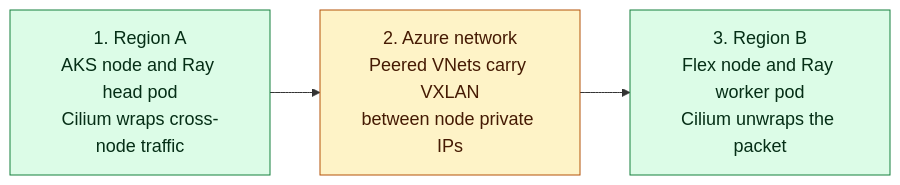
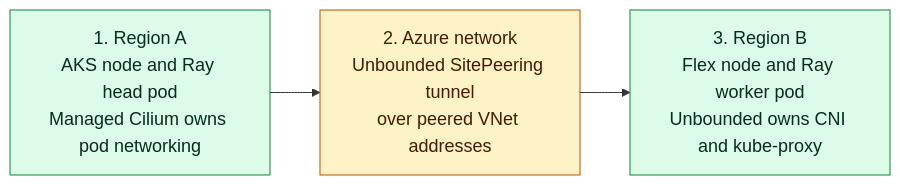
Before and after one commit to KenKilty/aks-flex-anyscale-lab: the diagram in docs/ai-workloads-on-aks/module-03-flex-node.mdx, drawn with Mermaid. The commit also changed other lines of this file and 27 other files, not shown here.

Commit message:
Prove managed Cilium and Unbounded mixed CNI

````diff
--- a/docs/ai-workloads-on-aks/module-03-flex-node.mdx
+++ b/docs/ai-workloads-on-aks/module-03-flex-node.mdx
@@ -41,13 +43,13 @@
 ```mermaid
 flowchart LR
-  aks["1. Region A<br/>AKS node and Ray head pod<br/>Cilium wraps cross-node traffic"]
-  network["2. Azure network<br/>Peered VNets carry VXLAN<br/>between node private IPs"]
-  flex["3. Region B<br/>Flex node and Ray worker pod<br/>Cilium unwraps the packet"]
+  aks["1. Region A<br/>AKS node and Ray head pod<br/>Managed Cilium owns pod networking"]
+  network["2. Azure network<br/>Unbounded SitePeering tunnel<br/>over peered VNet addresses"]
+  flex["3. Region B<br/>Flex node and Ray worker pod<br/>Unbounded owns CNI and kube-proxy"]
 
   aks --> network --> flex
 
   classDef endpoint fill:#dcfce7,stroke:#15803d,color:#052e16,font-size:18px
   classDef network fill:#fef3c7,stroke:#b45309,color:#451a03,font-size:18px
   class aks,flex endpoint
   class network network
 ```
````
